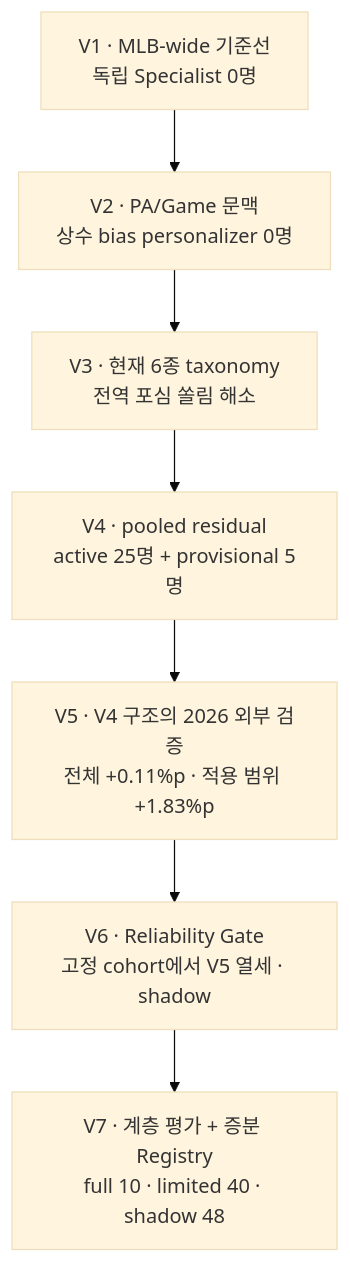
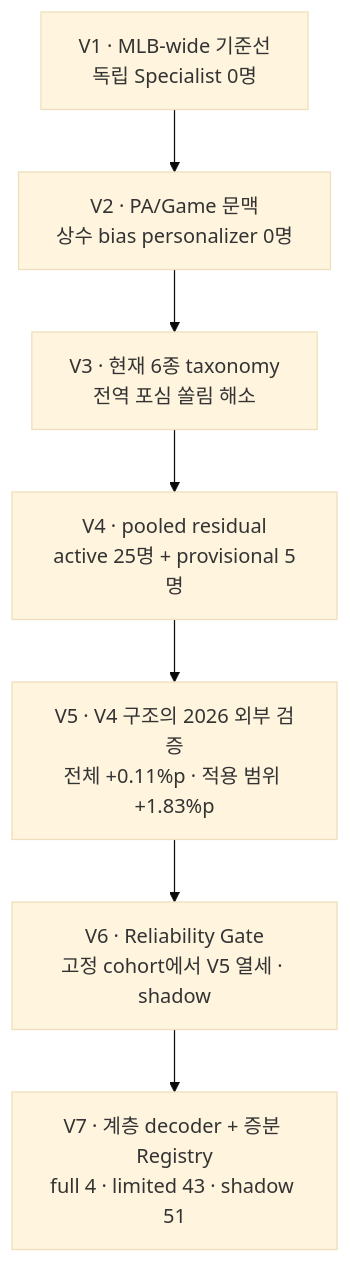
One commit to madcamp-official/OyarZabal changed the first of 2 diagrams in reports/README.md. Above: the diagram before and after it, drawn with Mermaid (base theme). The commit also changed other lines of this file and 18 other files, not shown here.

````diff
--- a/reports/README.md
+++ b/reports/README.md
@@ -19,11 +20,11 @@
 ```mermaid
 flowchart TD
     V1["V1 · MLB-wide 기준선<br/>독립 Specialist 0명"]
     V2["V2 · PA/Game 문맥<br/>상수 bias personalizer 0명"]
     V3["V3 · 현재 6종 taxonomy<br/>전역 포심 쏠림 해소"]
     V4["V4 · pooled residual<br/>active 25명 + provisional 5명"]
     V5["V5 · V4 구조의 2026 외부 검증<br/>전체 +0.11%p · 적용 범위 +1.83%p"]
     V6["V6 · Reliability Gate<br/>고정 cohort에서 V5 열세 · shadow"]
-    V7["V7 · 계층 평가 + 증분 Registry<br/>full 10 · limited 40 · shadow 48"]
+    V7["V7 · 계층 decoder + 증분 Registry<br/>full 4 · limited 43 · shadow 51"]
     V1 --> V2 --> V3 --> V4 --> V5 --> V6 --> V7
 ```
````
